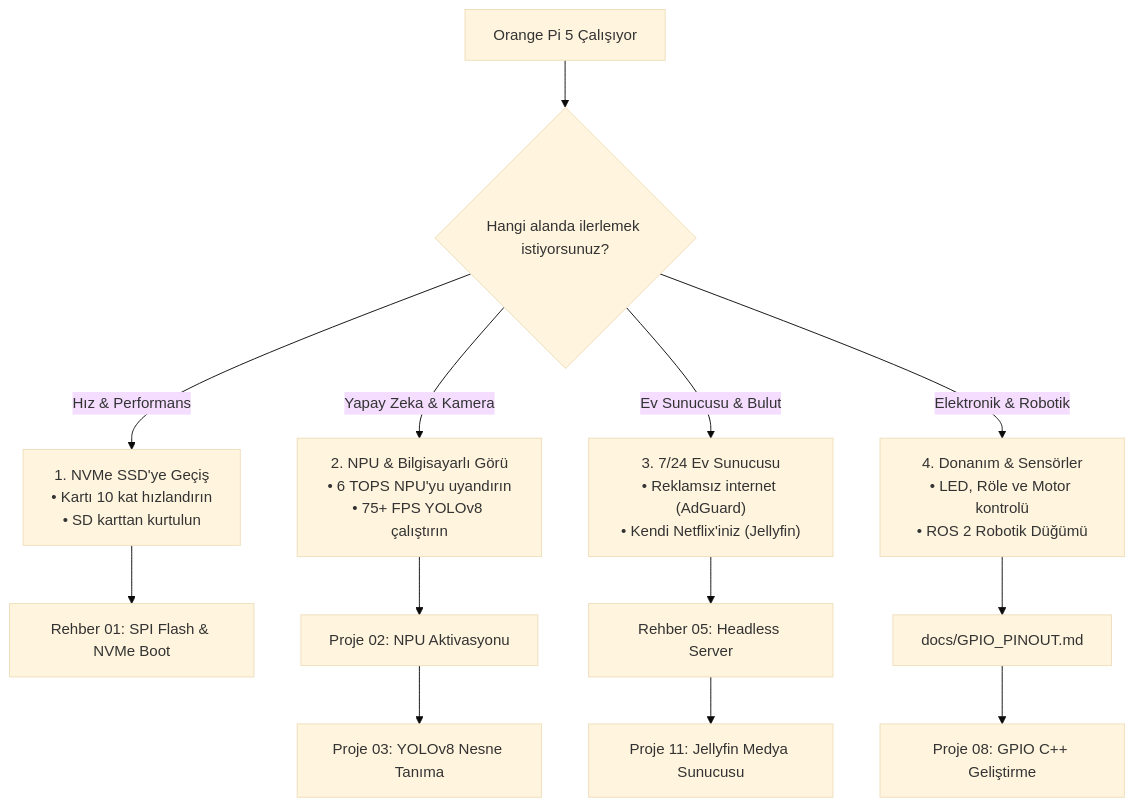
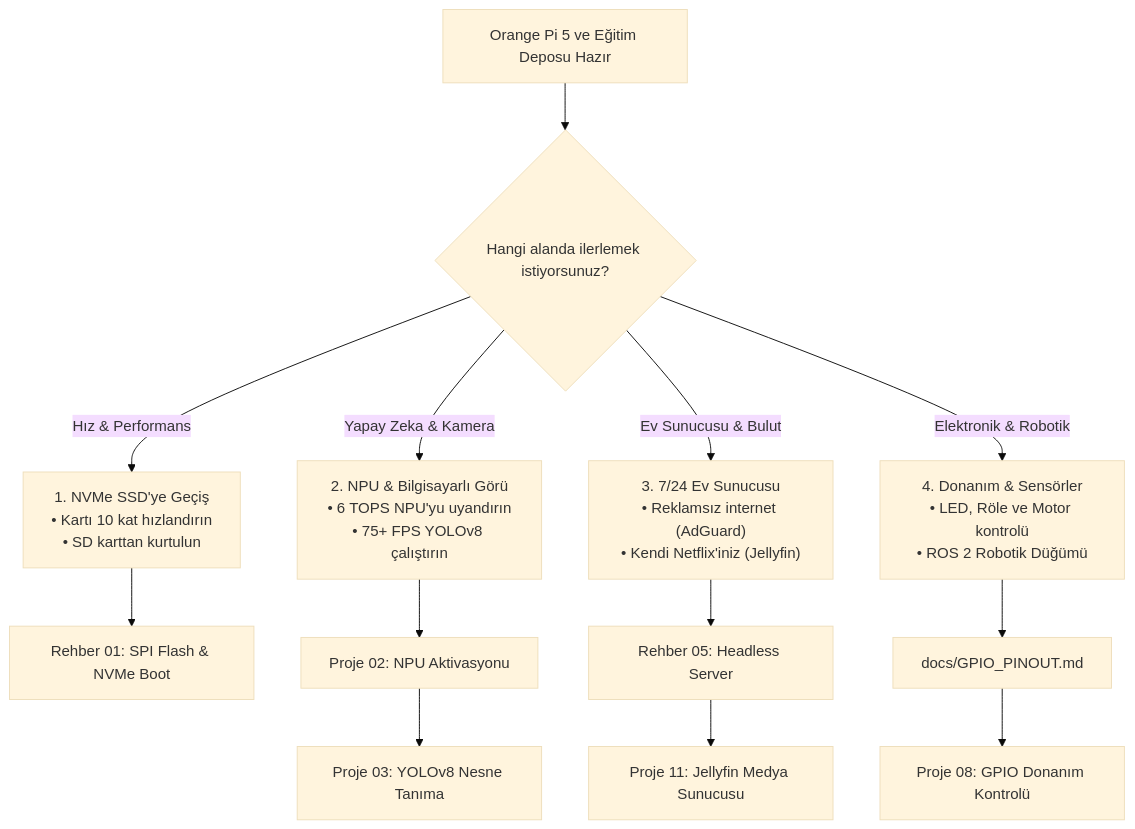
The second of 2 diagrams in guides/Turkish/00-Sifirdan-Baslayanlar-Rehberi.md (muhammetmucahitsoylu/orangepi5-tutorials), drawn with Mermaid (base theme) before and after one commit. The commit also changed other lines of this file and 1 other file, not shown here.

````diff
--- a/guides/Turkish/00-Sifirdan-Baslayanlar-Rehberi.md
+++ b/guides/Turkish/00-Sifirdan-Baslayanlar-Rehberi.md
@@ -141,19 +213,19 @@
 ```mermaid
 graph TD
-    Start["Orange Pi 5 Çalışıyor"] --> Choice{"Hangi alanda ilerlemek istiyorsunuz?"}
+    Start["Orange Pi 5 ve Eğitim Deposu Hazır"] --> Choice{"Hangi alanda ilerlemek istiyorsunuz?"}
     
     Choice -->|"Hız & Performans"| Path1["1. NVMe SSD'ye Geçiş<br>• Kartı 10 kat hızlandırın<br>• SD karttan kurtulun"]
     Path1 --> Guide1["Rehber 01: SPI Flash & NVMe Boot"]
     
     Choice -->|"Yapay Zeka & Kamera"| Path2["2. NPU & Bilgisayarlı Görü<br>• 6 TOPS NPU'yu uyandırın<br>• 75+ FPS YOLOv8 çalıştırın"]
     Path2 --> Proj2["Proje 02: NPU Aktivasyonu"]
     Proj2 --> Proj3["Proje 03: YOLOv8 Nesne Tanıma"]
     
     Choice -->|"Ev Sunucusu & Bulut"| Path3["3. 7/24 Ev Sunucusu<br>• Reklamsız internet (AdGuard)<br>• Kendi Netflix'iniz (Jellyfin)"]
     Path3 --> Guide5["Rehber 05: Headless Server"]
     Guide5 --> Proj11["Proje 11: Jellyfin Medya Sunucusu"]
     
     Choice -->|"Elektronik & Robotik"| Path4["4. Donanım & Sensörler<br>• LED, Röle ve Motor kontrolü<br>• ROS 2 Robotik Düğümü"]
     Path4 --> Pinout["docs/GPIO_PINOUT.md"]
-    Pinout --> Proj8["Proje 08: GPIO C++ Geliştirme"]
+    Pinout --> Proj8["Proje 08: GPIO Donanım Kontrolü"]
 ```
````
